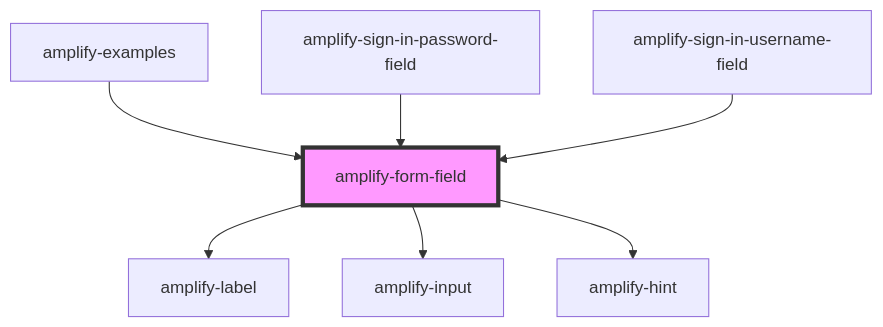
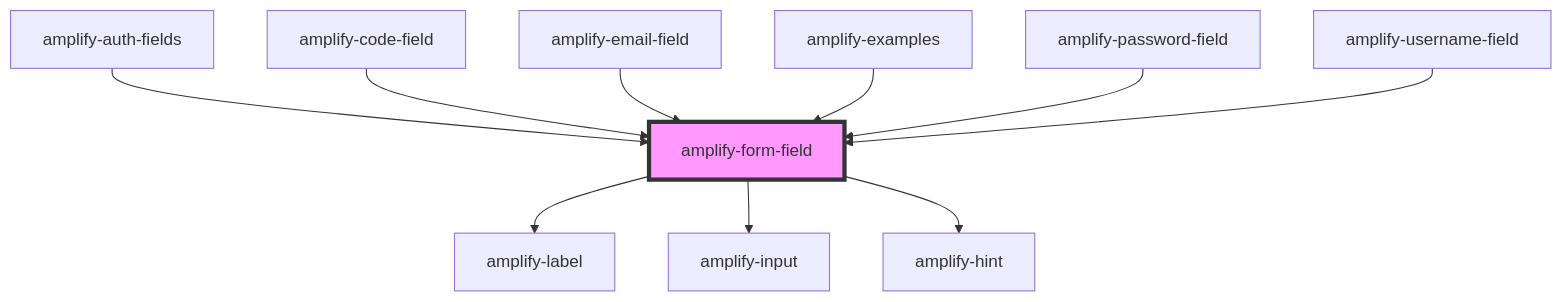
One commit to OneDev0411/amplify-js changed the diagram in packages/amplify-ui-components/src/components/amplify-form-field/readme.md. Above: the diagram before and after it, drawn with Mermaid. The commit also changed other lines of this file and 81 other files, not shown here.

````diff
--- a/packages/amplify-ui-components/src/components/amplify-form-field/readme.md
+++ b/packages/amplify-ui-components/src/components/amplify-form-field/readme.md
@@ -37,10 +41,13 @@
 ```mermaid
 graph TD;
   amplify-form-field --> amplify-label
   amplify-form-field --> amplify-input
   amplify-form-field --> amplify-hint
+  amplify-auth-fields --> amplify-form-field
+  amplify-code-field --> amplify-form-field
+  amplify-email-field --> amplify-form-field
   amplify-examples --> amplify-form-field
-  amplify-sign-in-password-field --> amplify-form-field
-  amplify-sign-in-username-field --> amplify-form-field
+  amplify-password-field --> amplify-form-field
+  amplify-username-field --> amplify-form-field
   style amplify-form-field fill:#f9f,stroke:#333,stroke-width:4px
 ```
````
